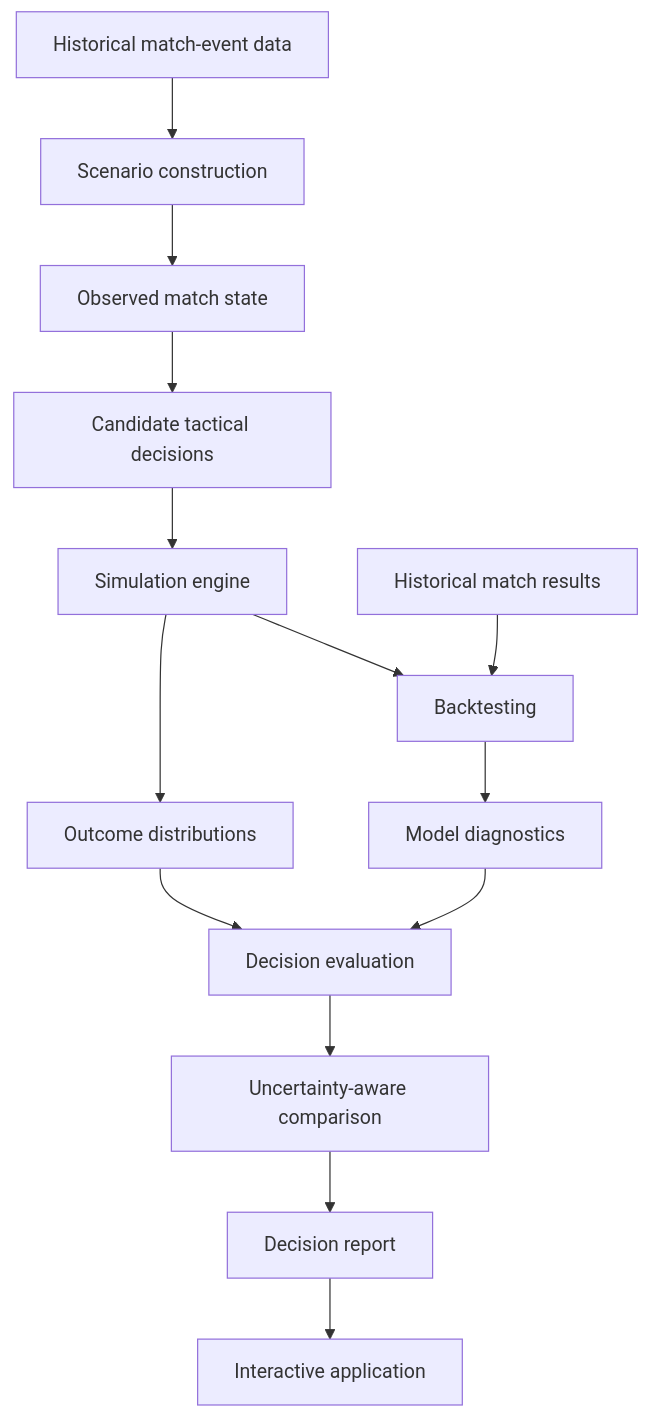
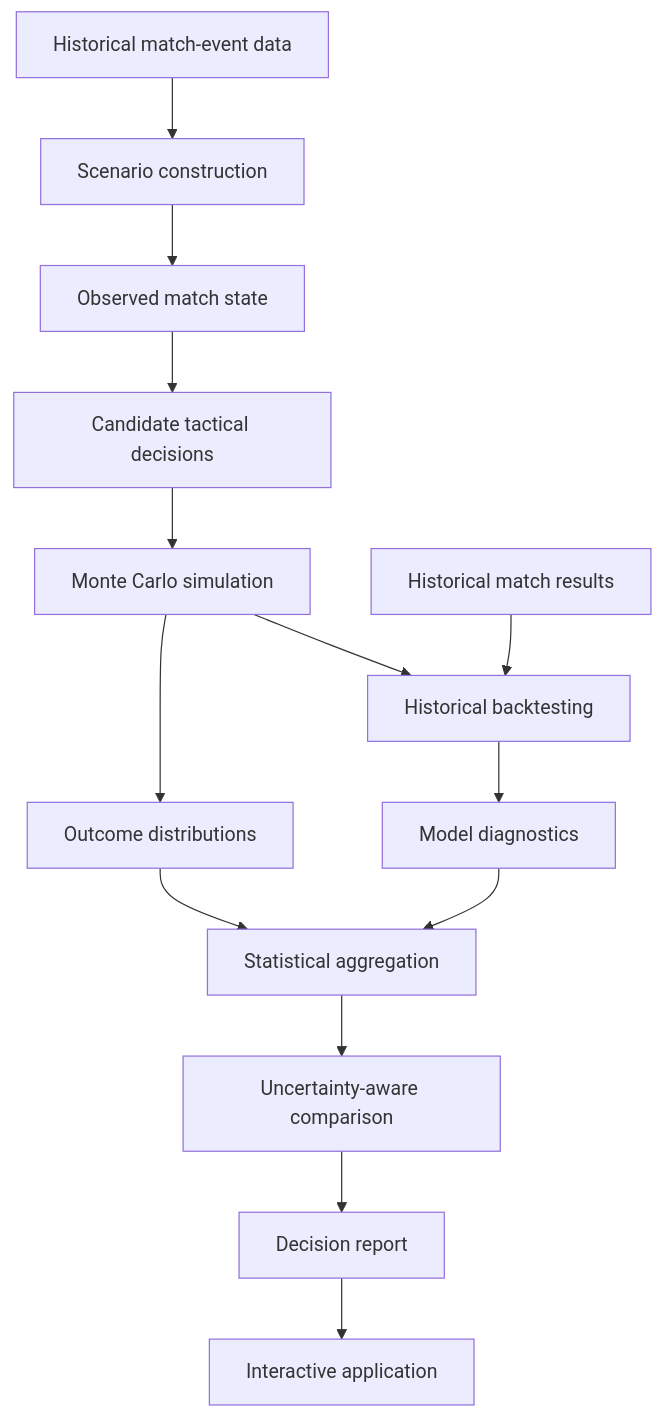
Before and after one commit to chizkidd/fergie-time-analytics: the diagram in assets/architecture.mmd, drawn with Mermaid. The commit also changed 13 other files, not shown here.

First line of the commit message:
`docs: update methodology, evaluation, and limitations. add copyright notice, verify examples, and update architecture diagrams`

```diff
--- a/assets/architecture.mmd
+++ b/assets/architecture.mmd
@@ -1,15 +1,15 @@
 flowchart TD
     A["Historical match-event data"] --> B["Scenario construction"]
     B --> C["Observed match state"]
     C --> D["Candidate tactical decisions"]
-    D --> E["Simulation engine"]
+    D --> E["Monte Carlo simulation"]
     E --> F["Outcome distributions"]
-    F --> G["Decision evaluation"]
+    F --> G["Statistical aggregation"]
     G --> H["Uncertainty-aware comparison"]
     H --> I["Decision report"]
     I --> J["Interactive application"]
 
-    K["Historical match results"] --> L["Backtesting"]
+    K["Historical match results"] --> L["Historical backtesting"]
     E --> L
     L --> M["Model diagnostics"]
     M --> G
```
